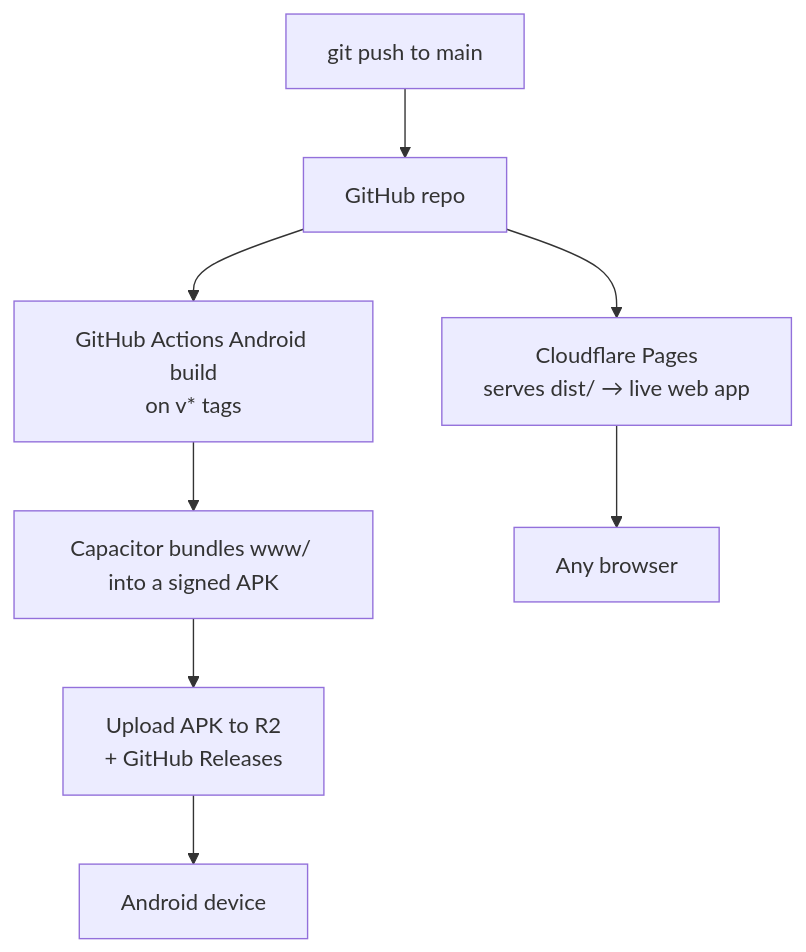
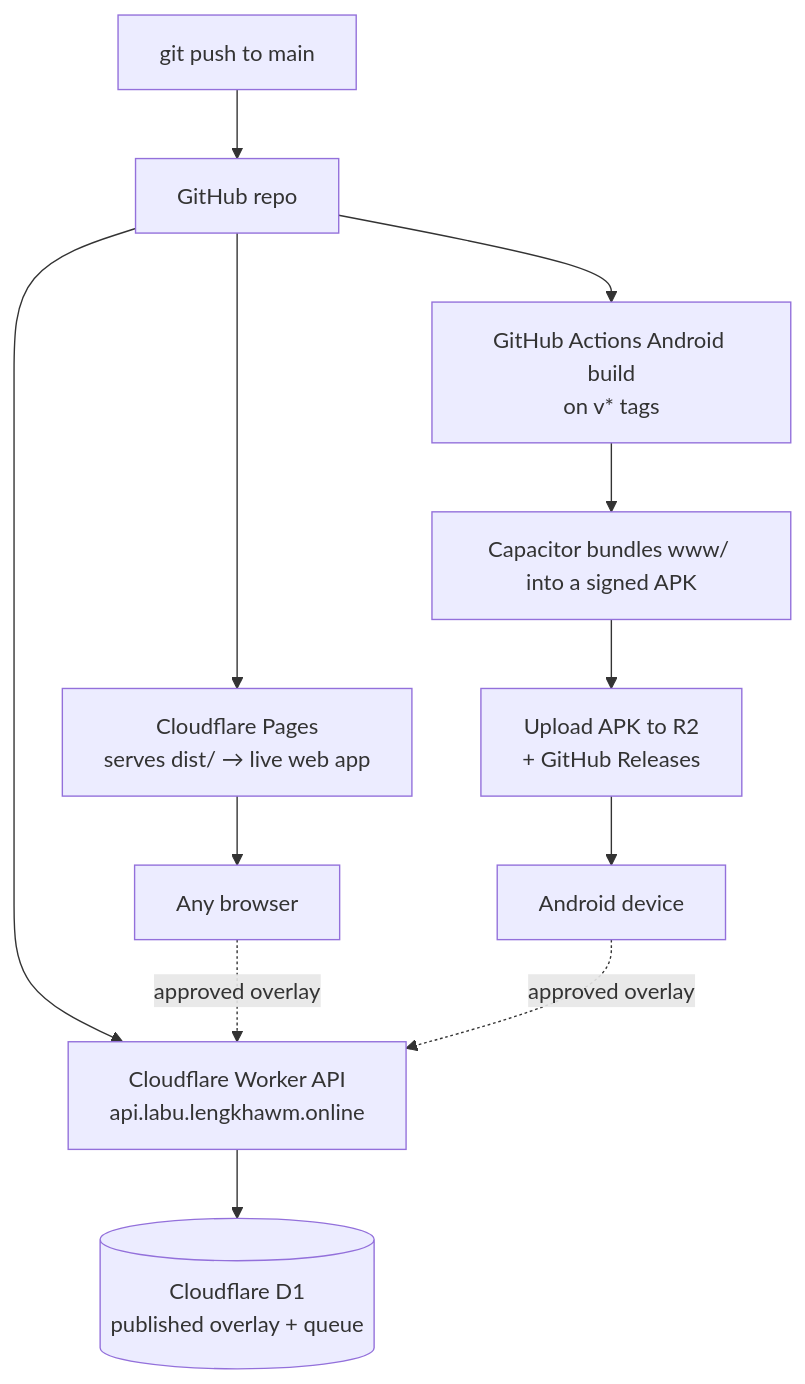
The first of 4 diagrams in ARCHITECTURE.md (minatolun-dotcom/khristian-labu), drawn with Mermaid before and after one commit. The commit also changed other lines of this file and 25 other files, not shown here.

First line of the commit message:
feat: move approved-change sync to Cloudflare Worker and D1

````diff
--- a/ARCHITECTURE.md
+++ b/ARCHITECTURE.md
@@ -5,10 +5,14 @@
 ```mermaid
 flowchart TD
     A[git push to main] --> B[GitHub repo]
     B --> C[Cloudflare Pages<br/>serves dist/ → live web app]
+    B --> W[Cloudflare Worker API<br/>api.labu.lengkhawm.online]
+    W --> DB[(Cloudflare D1<br/>published overlay + queue)]
     B --> D[GitHub Actions Android build<br/>on v* tags]
     D --> E[Capacitor bundles www/ into a signed APK]
     E --> F[Upload APK to R2<br/>+ GitHub Releases]
     C --> G[Any browser]
     F --> H[Android device]
+    G -. approved overlay .-> W
+    H -. approved overlay .-> W
 ```
````
